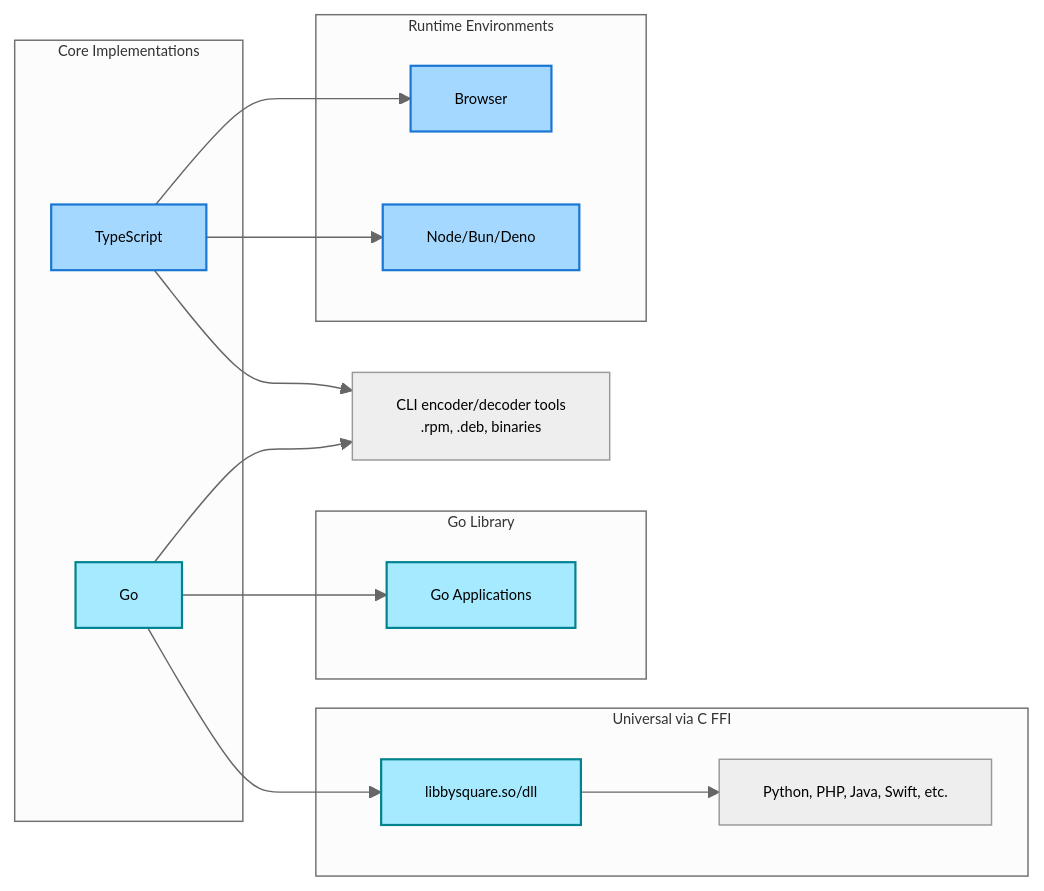
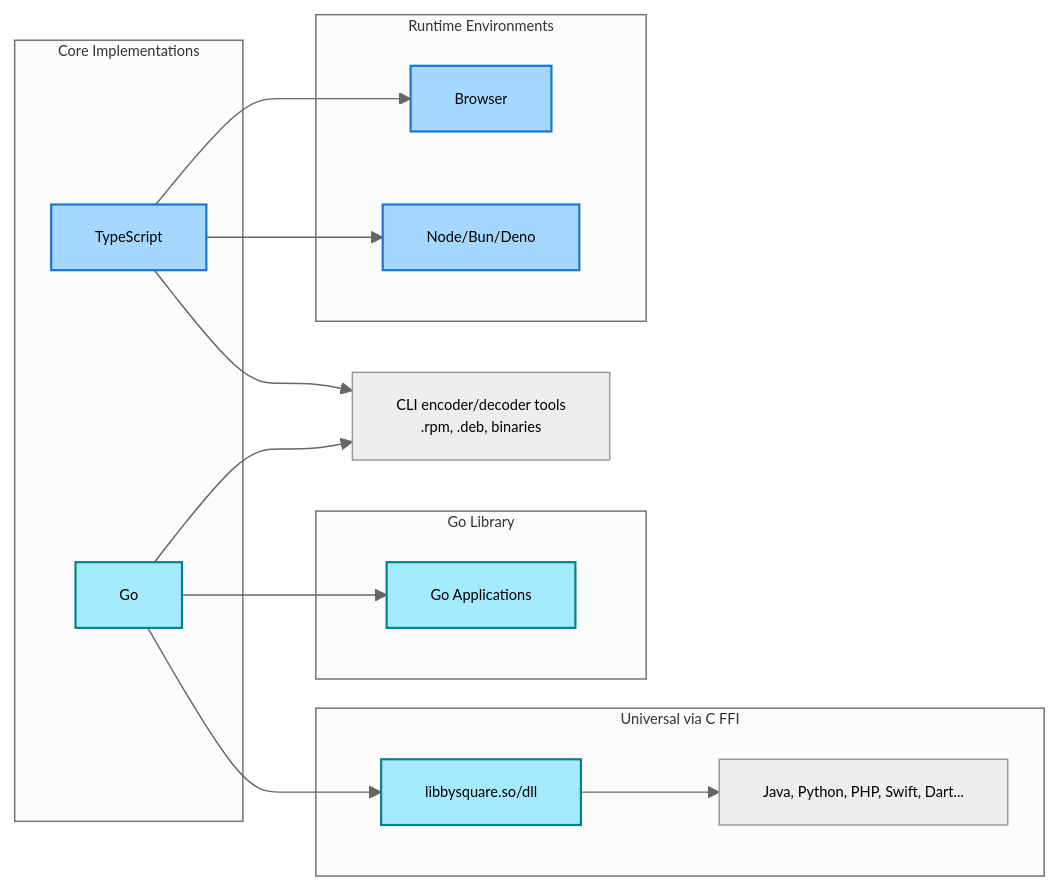
Before and after one commit to xseman/bysquare: the first of 4 diagrams in README.md, drawn with Mermaid. The commit also changed other lines of this file and 10 other files, not shown here.

````diff
--- a/README.md
+++ b/README.md
@@ -49,39 +49,39 @@
 ```mermaid
 ---
 config:
   theme: neutral
   themeVariables:
     fontFamily: monospace
     fontSize: "10px"
 ---
 
 flowchart LR
     subgraph Core["Core Implementations"]
         TS[TypeScript]
         GO[Go]
     end
 
     subgraph Runtime["Runtime Environments"]
         TS --> Browser
         TS --> Node/Bun/Deno
     end
 
     TS & GO --> CLI[CLI encoder/decoder tools<br/>.rpm, .deb, binaries]
 
     subgraph Native["Go Library"]
         GO --> GO_LIB[Go Applications]
     end
 
     subgraph FFI["Universal via C FFI"]
         GO --> CFFI[libbysquare.so/dll]
-        CFFI --> ANY[Python, PHP, Java, Swift, etc.]
+        CFFI --> ANY[Java, Python, PHP, Swift, Dart...]
     end
 
     style TS            fill:#A5D8FF, stroke:#1976D2, stroke-width:1.5px
     style Browser       fill:#A5D8FF, stroke:#1976D2, stroke-width:1.5px
     style Node/Bun/Deno fill:#A5D8FF, stroke:#1976D2, stroke-width:1.5px
 
     style GO      fill:#A5EAFF, stroke:#00838F, stroke-width:1.5px
     style GO_LIB  fill:#A5EAFF, stroke:#00838F, stroke-width:1.5px
     style CFFI    fill:#A5EAFF, stroke:#00838F, stroke-width:1.5px
 ```
````
